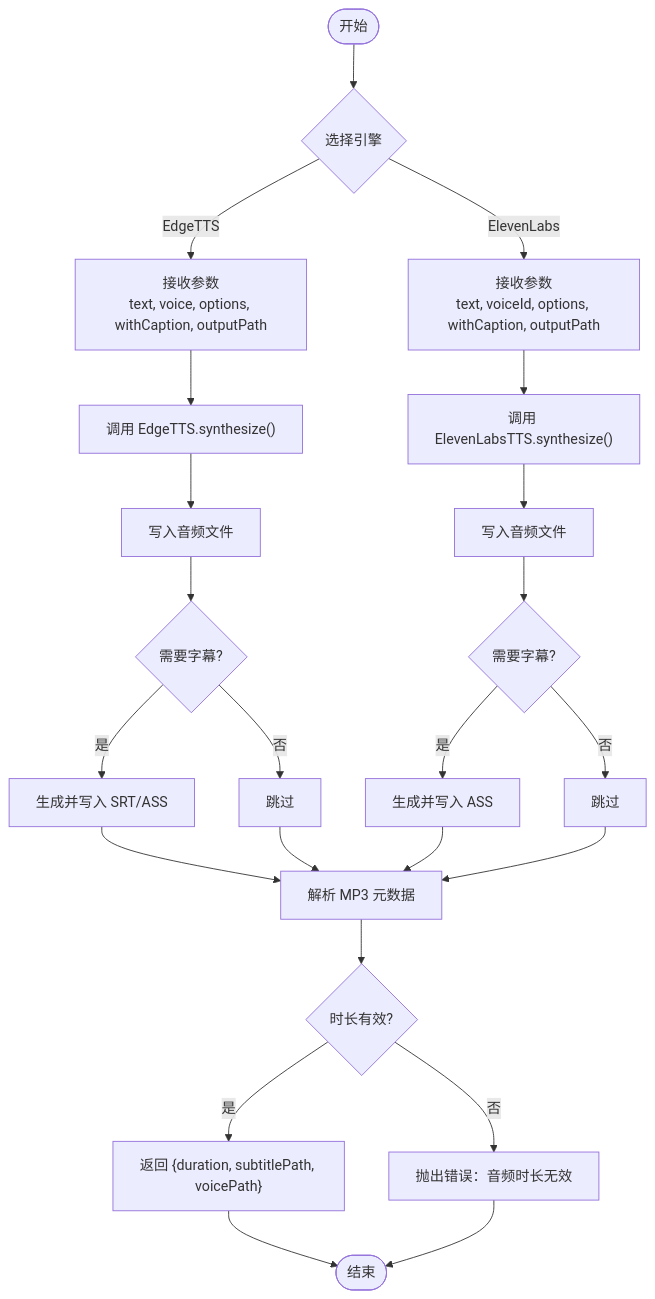
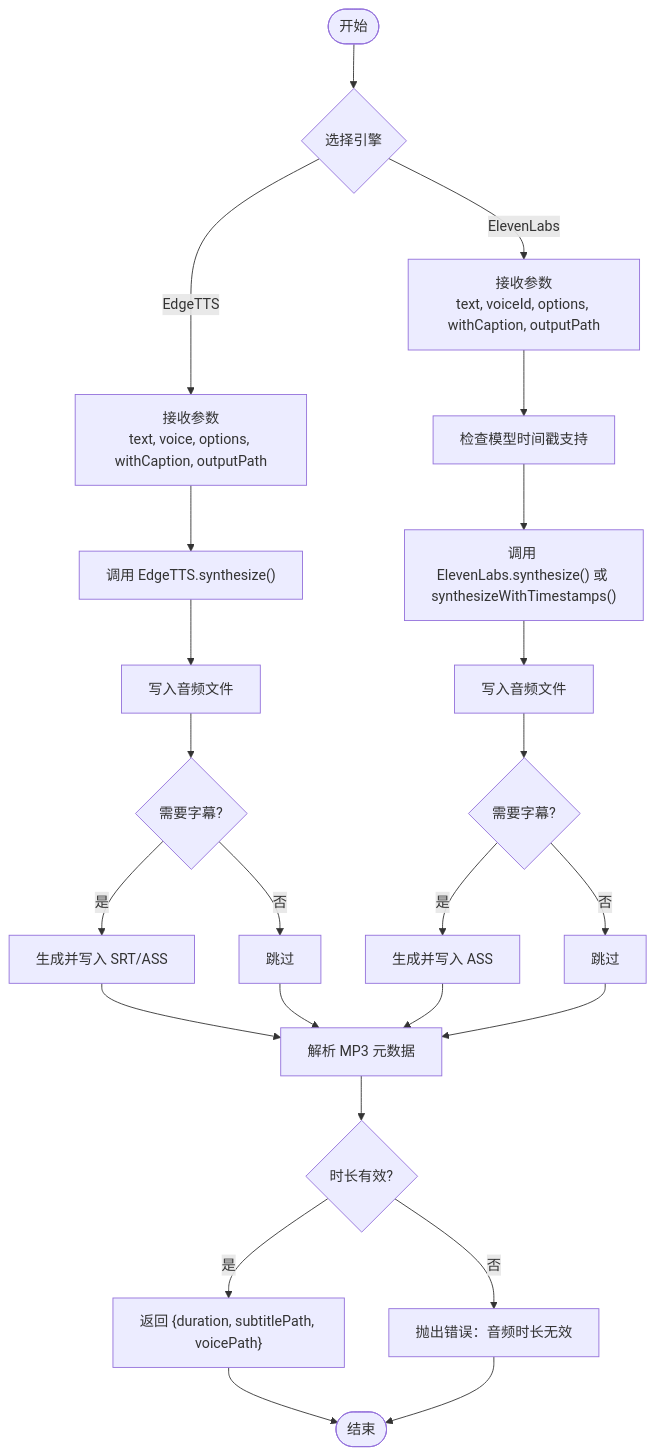
One commit to torans/crow.video changed the fourth of 8 diagrams in .qoder/repowiki/zh/content/核心功能模块/语音合成系统.md. Above: the diagram before and after it, drawn with Mermaid. The commit also changed other lines of this file and 7 other files, not shown here.

````diff
--- a/.qoder/repowiki/zh/content/核心功能模块/语音合成系统.md
+++ b/.qoder/repowiki/zh/content/核心功能模块/语音合成系统.md
@@ -210,25 +231,26 @@
 ```mermaid
 flowchart TD
 Start(["开始"]) --> Engine{"选择引擎"}
 Engine --> |EdgeTTS| EdgeParams["接收参数<br/>text, voice, options, withCaption, outputPath"]
 Engine --> |ElevenLabs| ElevenParams["接收参数<br/>text, voiceId, options, withCaption, outputPath"]
 EdgeParams --> EdgeSynthesize["调用 EdgeTTS.synthesize()"]
-ElevenParams --> ElevenSynthesize["调用 ElevenLabsTTS.synthesize()"]
+ElevenParams --> ElevenCheck["检查模型时间戳支持"]
+ElevenCheck --> ElevenSynthesize["调用 ElevenLabs.synthesize() 或 synthesizeWithTimestamps()"]
 EdgeSynthesize --> EdgeToFile["写入音频文件"]
 ElevenSynthesize --> ElevenToFile["写入音频文件"]
 EdgeToFile --> MaybeSRT{"需要字幕?"}
 ElevenToFile --> MaybeASS{"需要字幕?"}
 MaybeSRT --> |是| WriteSRT["生成并写入 SRT/ASS"]
 MaybeSRT --> |否| SkipSRT["跳过"]
 MaybeASS --> |是| WriteASS["生成并写入 ASS"]
 MaybeASS --> |否| SkipASS["跳过"]
 WriteSRT --> ParseMeta["解析 MP3 元数据"]
 WriteASS --> ParseMeta
 SkipSRT --> ParseMeta
 SkipASS --> ParseMeta
 ParseMeta --> Valid{"时长有效?"}
 Valid --> |是| Return["返回 {duration, subtitlePath, voicePath}"]
 Valid --> |否| Throw["抛出错误：音频时长无效"]
 Return --> End(["结束"])
 Throw --> End
 ```
````
